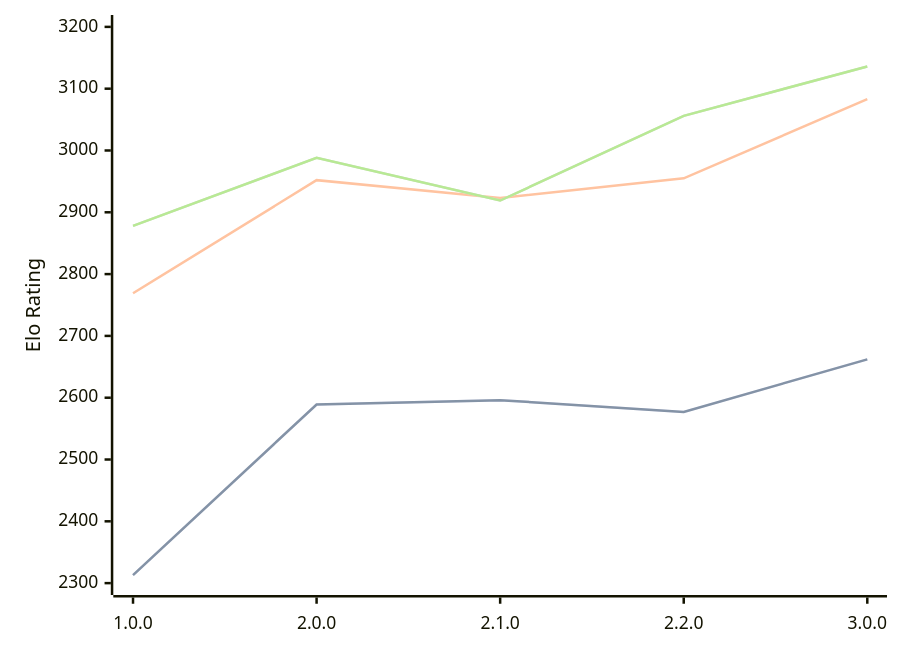
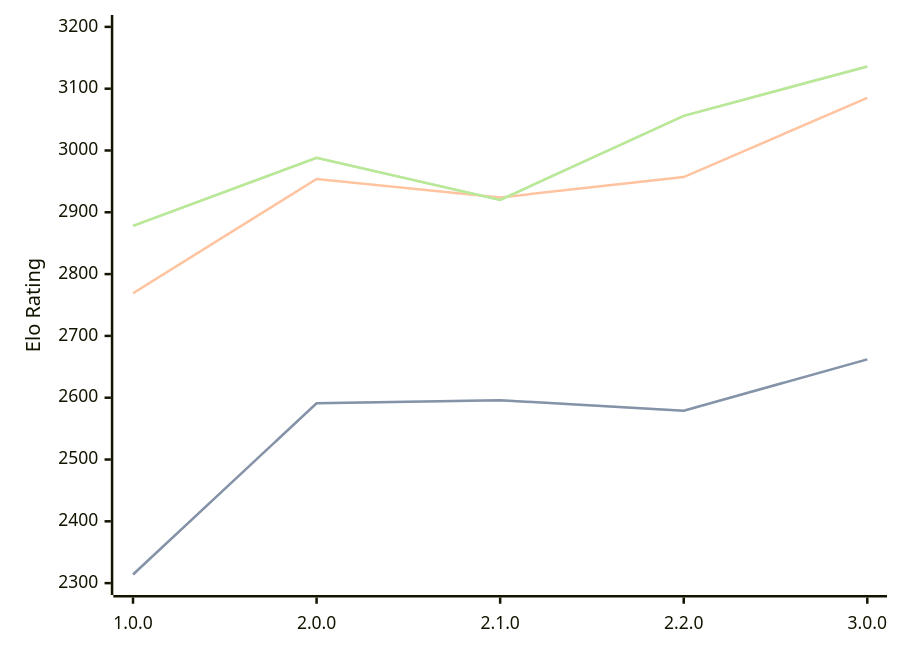
The diagram in engines/Catalyst.md (computer-chess-index/cci), drawn with Mermaid before and after one commit. The commit also changed other lines of this file, not shown here.

Commit message:
Update CCI Ratings (ELO VLTC) - 2026-09-14

````diff
--- a/engines/Catalyst.md
+++ b/engines/Catalyst.md
@@ -36,11 +36,11 @@
 ```mermaid
 %%{init: {"theme":"base","themeVariables":{"seriesColors:['#a3a3a3','#222221','#faa371']}}}%%
 xychart-beta
   x-axis ["1.0.0", "2.0.0", "2.1.0", "2.2.0", "3.0.0"]
   y-axis "Elo Rating" 2300 --> 3200
-  line "" [2313, 2589, 2596, 2577, 2662]
-  line "STC (8.0+0.08s)" [2313, 2589, 2596, 2577, 2662]
-  line "LTC (60.0+0.60s)" [2769, 2952, 2923, 2955, 3083]
-  line "" [2878, 2988, 2919, 3056, 3136]
-  line "VLTC (2m24s+1.12s)" [2878, 2988, 2919, 3056, 3136]
+  line "" [2314, 2591, 2596, 2579, 2662]
+  line "STC (8.0+0.08s)" [2314, 2591, 2596, 2579, 2662]
+  line "LTC (60.0+0.60s)" [2769, 2954, 2924, 2957, 3085]
+  line "" [2878, 2988, 2920, 3056, 3136]
+  line "VLTC (2m24s+1.12s)" [2878, 2988, 2920, 3056, 3136]
 ```
````
